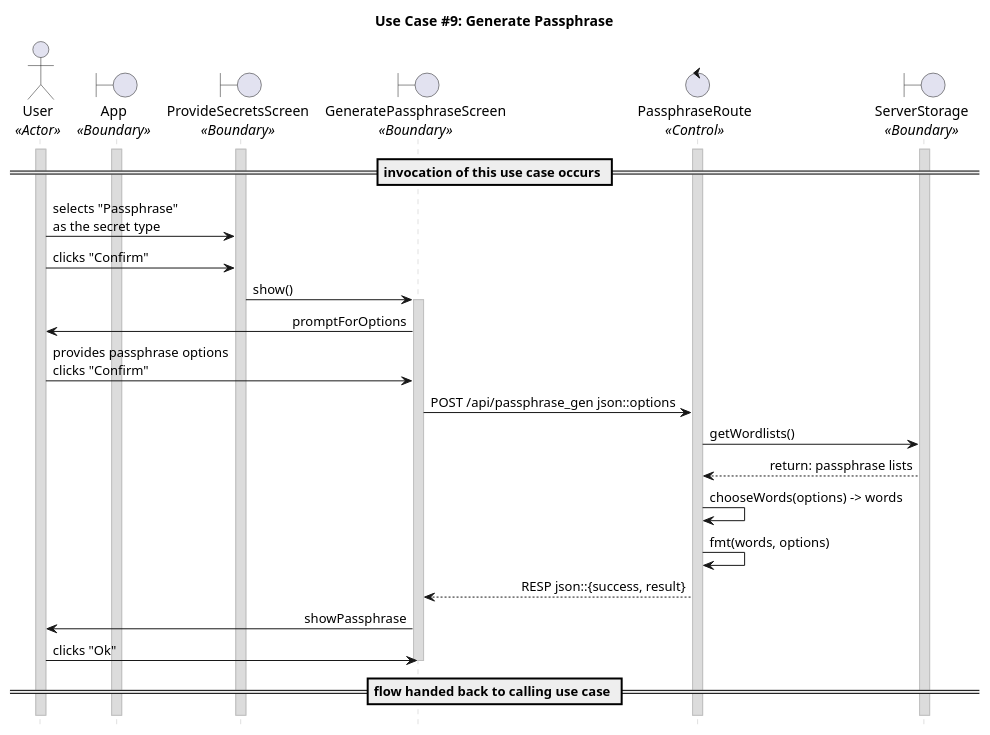
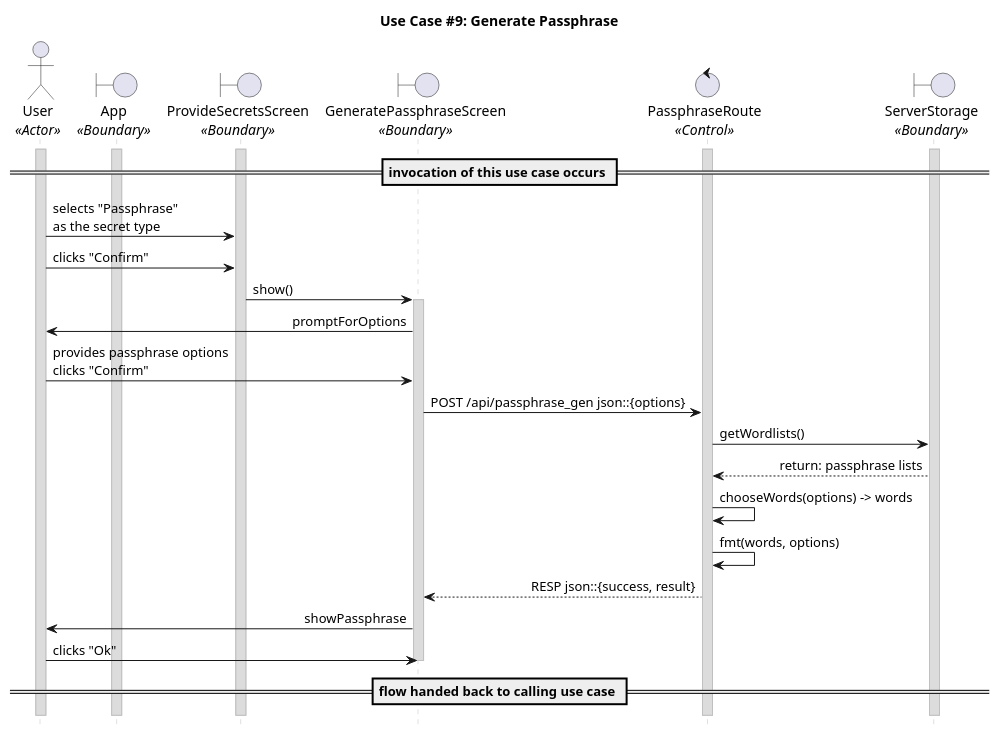
The diagram in uc_09.puml (CECS-491-SP24-Group-1/seq-diagrams), drawn with PlantUML before and after one commit. The commit also changed 6 other files, not shown here.

```diff
--- a/uc_09.puml
+++ b/uc_09.puml
@@ -1,72 +1,72 @@
 @startuml uc09
 title "Use Case #9: Generate Passphrase"
 
 'Styling goes here
 hide footbox
 skinparam stereotypePosition bottom
 skinparam sequenceMessageAlign direction
 skinparam sequence {
 	LifeLineBorderColor #Silver
 	LifeLineBackgroundColor #Gainsboro
 }
 
 'Setup the objects involved here
 actor User as u <<Actor>>
 boundary App as a <<Boundary>>
 boundary ProvideSecretsScreen as pss <<Boundary>>
 boundary GeneratePassphraseScreen as gps <<Boundary>>
 control PassphraseRoute as pr <<Control>>
 boundary ServerStorage as ss <<Boundary>>
 
 'Setup persistent objects here
 activate u
 activate a
 activate pr
 activate ss
 activate pss
 
 '--- FLOW OF CONTROL STARTS HERE ---
 'User requests a passphrase from the server along with options such as number of words in the phrase.
 'u -> a: <does an action to trigger \nshow() on "ProvideSecretsScreen">
 'a -> pss: show()
 'activate pss
 'pss -> u: promptForSecret
 
 == invocation of this use case occurs ==
 
 
 u -> pss: selects "Passphrase" \nas the secret type
 u -> pss: clicks "Confirm"
 pss -> gps: show()
 activate gps
 gps -> u: promptForOptions
 u -> gps: provides passphrase options \nclicks "Confirm"
 
 'TODO: Might want to shit passphrase generation from serverside to clientside
 'Request is made to the server with the user's options
-gps -> pr: POST /api/passphrase_gen json::options
+gps -> pr: POST /api/passphrase_gen json::{options}
 
 'Server picks a format from a pre-defined list of formats.
 pr -> ss: getWordlists()
 ss --> pr: return: passphrase lists
 
 'Server chooses random phrases from the wordlist.
 pr -> pr: chooseWords(options) -> words
 
 'Server formats the passphrase according to the chosen format and user request.
 pr -> pr: fmt(words, options)
 
 'Server sends the passphrase back to the user.
 pr --> gps: RESP json::{success, result}
 gps -> u: showPassphrase
 u -> gps: clicks "Ok"
 deactivate gps
 
 'Cleanup
 == flow handed back to calling use case ==
 
 'Cleanup
 'u -> pss: provides passphrase \nclicks "Confirm"
 '--- FLOW OF CONTROL ENDS HERE   ---
 
 @enduml
```
